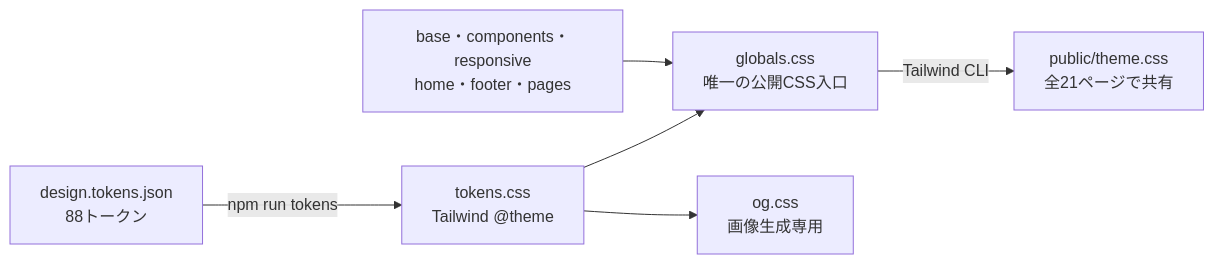
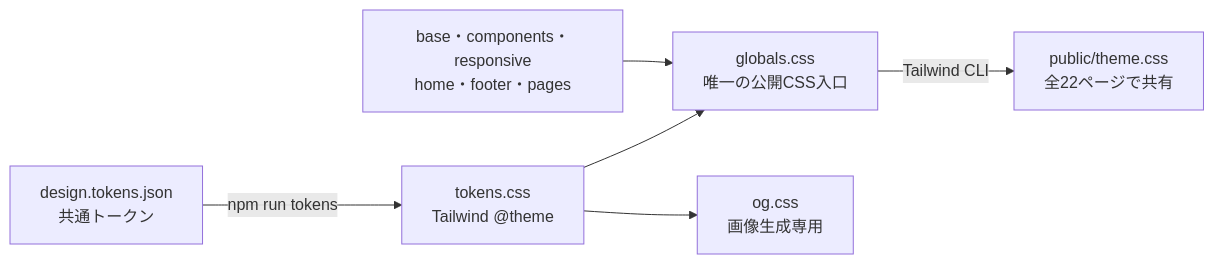
The second of 4 diagrams in docs/development.md (bright-broom/tsumugi), drawn with Mermaid before and after one commit. The commit also changed other lines of this file and 57 other files, not shown here.

````diff
--- a/docs/development.md
+++ b/docs/development.md
@@ -57,8 +59,8 @@
 ```mermaid
 flowchart LR
-  json["design.tokens.json<br/>88トークン"] -->|npm run tokens| tcss["tokens.css<br/>Tailwind @theme"]
+  json["design.tokens.json<br/>共通トークン"] -->|npm run tokens| tcss["tokens.css<br/>Tailwind @theme"]
   tcss --> entry["globals.css<br/>唯一の公開CSS入口"]
   parts["base・components・responsive<br/>home・footer・pages"] --> entry
-  entry -->|Tailwind CLI| theme["public/theme.css<br/>全21ページで共有"]
+  entry -->|Tailwind CLI| theme["public/theme.css<br/>全22ページで共有"]
   tcss --> og["og.css<br/>画像生成専用"]
 ```
````
